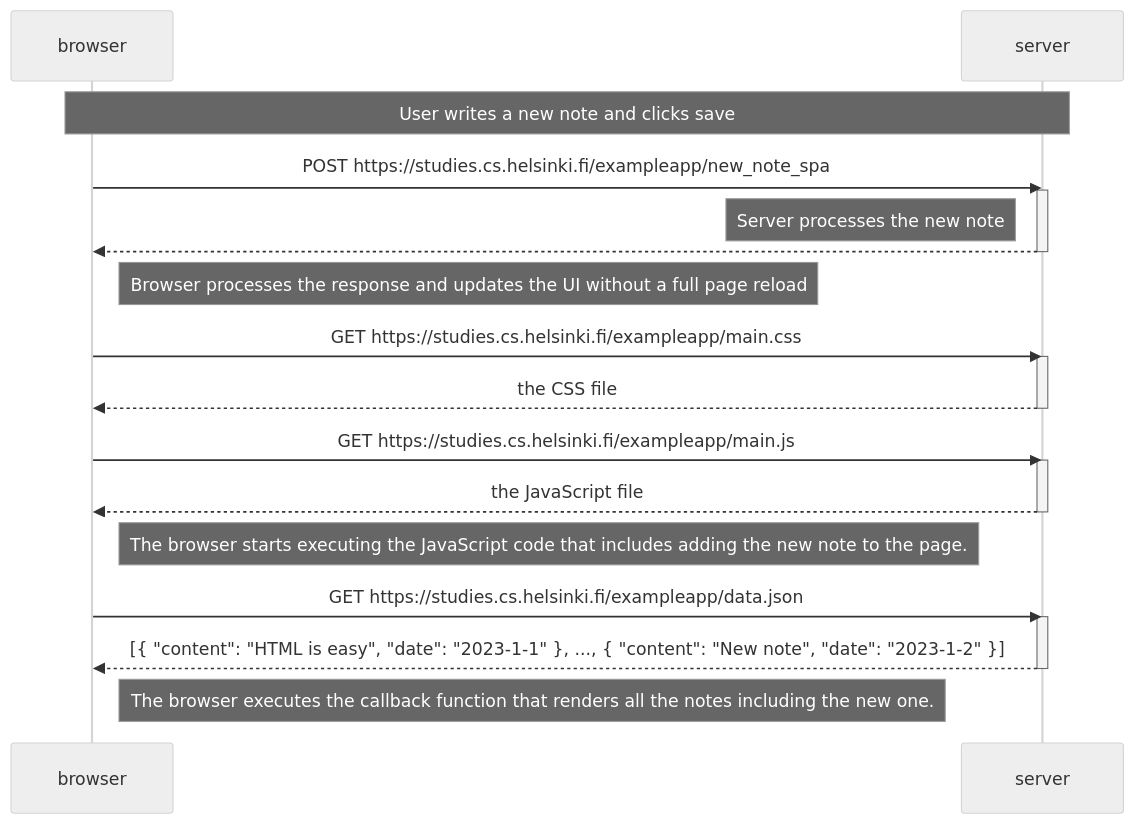
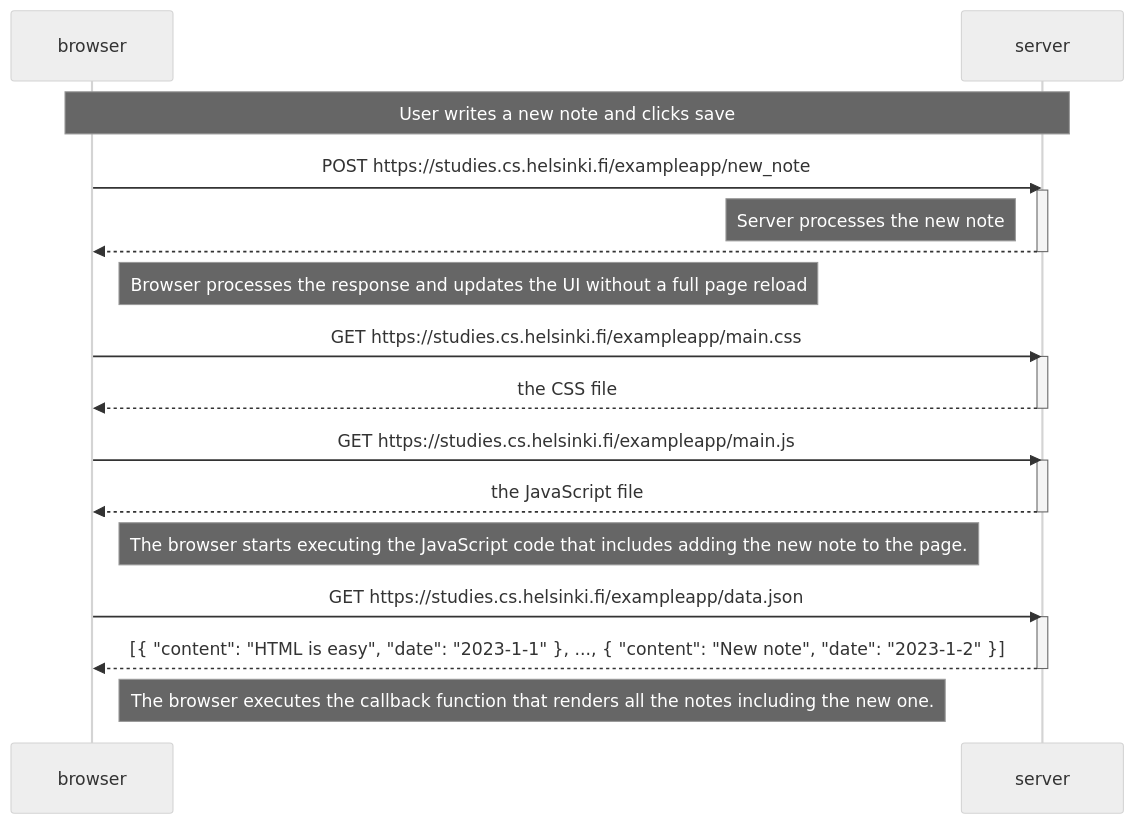
Before and after one commit to petteriraita/Fullstack: the diagram in part0/mermaid_diagrams_0.4/note_diagram.md, drawn with Mermaid (neutral theme).

````diff
--- a/part0/mermaid_diagrams_0.4/note_diagram.md
+++ b/part0/mermaid_diagrams_0.4/note_diagram.md
@@ -1,34 +1,34 @@
 ```mermaid
 sequenceDiagram
     participant browser
     participant server
 
     Note over browser,server: User writes a new note and clicks save
 
-    browser->>server: POST https://studies.cs.helsinki.fi/exampleapp/new_note_spa
+    browser->>server: POST https://studies.cs.helsinki.fi/exampleapp/new_note
     activate server
     Note left of server: Server processes the new note
     server-->>browser: 
     deactivate server
     
     Note right of browser: Browser processes the response and updates the UI without a full page reload
 
     browser->>server: GET https://studies.cs.helsinki.fi/exampleapp/main.css
     activate server
     server-->>browser: the CSS file
     deactivate server   
 
     browser->>server: GET https://studies.cs.helsinki.fi/exampleapp/main.js
     activate server
     server-->>browser: the JavaScript file
     deactivate server
 
     Note right of browser: The browser starts executing the JavaScript code that includes adding the new note to the page.
 
     browser->>server: GET https://studies.cs.helsinki.fi/exampleapp/data.json
     activate server
     server-->>browser: [{ "content": "HTML is easy", "date": "2023-1-1" }, ..., { "content": "New note", "date": "2023-1-2" }]
     deactivate server
 
     Note right of browser: The browser executes the callback function that renders all the notes including the new one.
 ```
````
